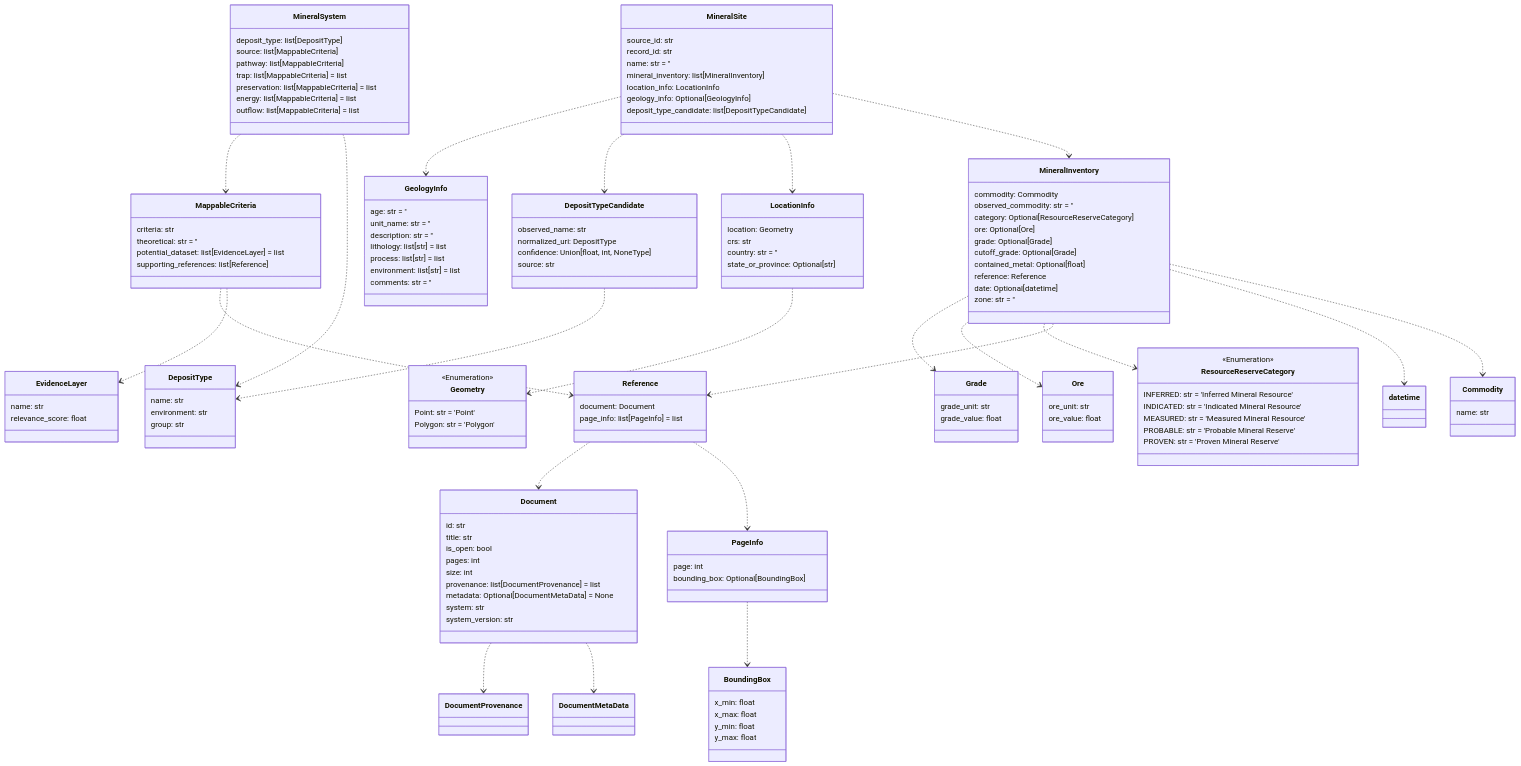
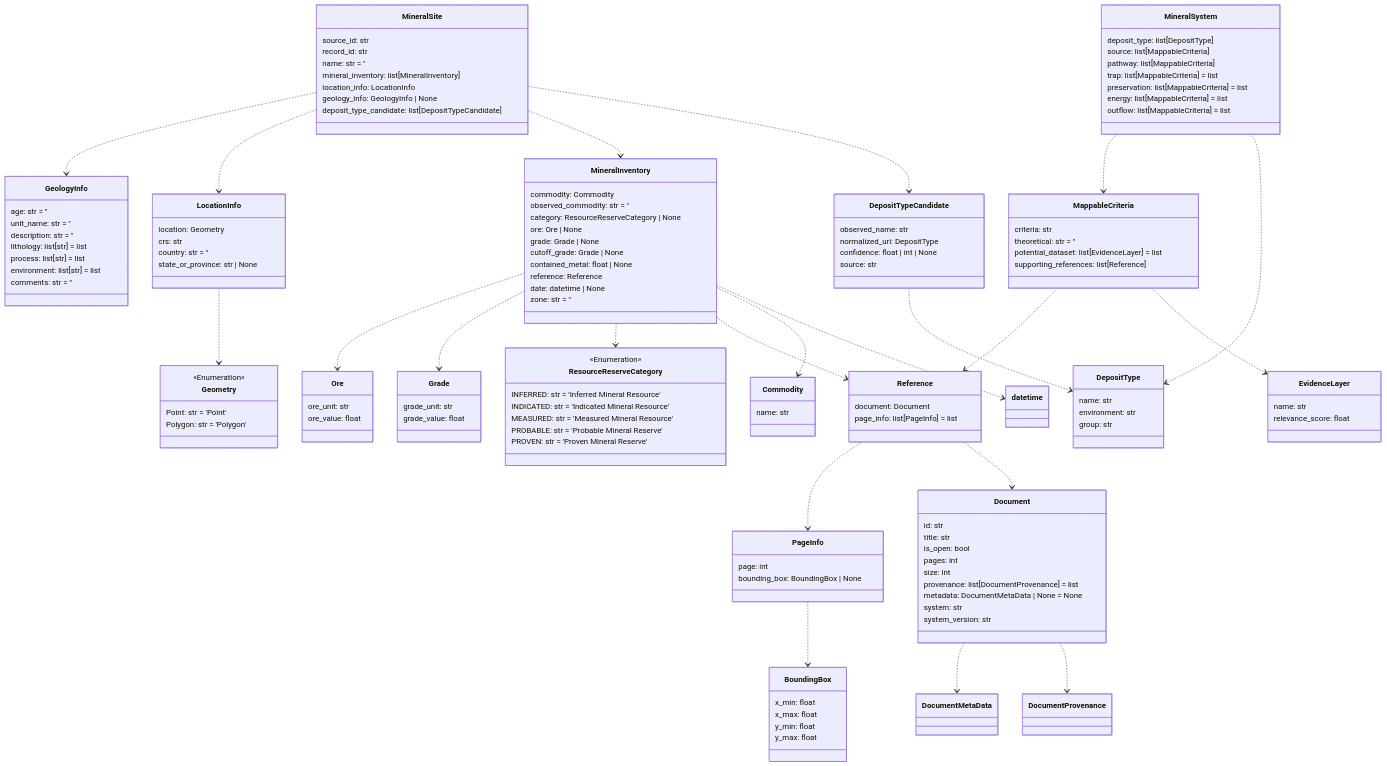
Before and after one commit to DARPA-CRITICALMAAS/cdr_schemas: the tenth of 12 diagrams in README.md, drawn with Mermaid. The commit also changed other lines of this file, not shown here.

Commit message:
Update README with new ERD

````diff
--- a/README.md
+++ b/README.md
@@ -738,17 +763,5 @@
 ```mermaid
 classDiagram
-
-    class DepositTypeCandidate {
-        observed_name: str
-        normalized_uri: DepositType
-        confidence: Union[float, int, NoneType]
-        source: str
-    }
-
-    class EvidenceLayer {
-        name: str
-        relevance_score: float
-    }
 
     class GeologyInfo {
         age: str = ''
@@ -760,15 +773,101 @@
         comments: str = ''
     }
 
-    class Grade {
-        grade_unit: str
-        grade_value: float
+    class MineralSite {
+        source_id: str
+        record_id: str
+        name: str = ''
+        mineral_inventory: list[MineralInventory]
+        location_info: LocationInfo
+        geology_info: GeologyInfo | None
+        deposit_type_candidate: list[DepositTypeCandidate]
+    }
+
+    class Commodity {
+        name: str
+    }
+
+    class Geometry {
+        <<Enumeration>>
+        Point: str = 'Point'
+        Polygon: str = 'Polygon'
+    }
+
+    class Document {
+        id: str
+        title: str
+        is_open: bool
+        pages: int
+        size: int
+        provenance: list[DocumentProvenance] = list
+        metadata: DocumentMetaData | None = None
+        system: str
+        system_version: str
+    }
+
+    class LocationInfo {
+        location: Geometry
+        crs: str
+        country: str = ''
+        state_or_province: str | None
+    }
+
+    class PageInfo {
+        page: int
+        bounding_box: BoundingBox | None
+    }
+
+    class DepositTypeCandidate {
+        observed_name: str
+        normalized_uri: DepositType
+        confidence: float | int | None
+        source: str
+    }
+
+    class Reference {
+        document: Document
+        page_info: list[PageInfo] = list
+    }
+
+    class MineralInventory {
+        commodity: Commodity
+        observed_commodity: str = ''
+        category: ResourceReserveCategory | None
+        ore: Ore | None
+        grade: Grade | None
+        cutoff_grade: Grade | None
+        contained_metal: float | None
+        reference: Reference
+        date: datetime | None
+        zone: str = ''
     }
 
     class DepositType {
         name: str
         environment: str
         group: str
+    }
+
+    class Ore {
+        ore_unit: str
+        ore_value: float
+    }
+
+    class EvidenceLayer {
+        name: str
+        relevance_score: float
+    }
+
+    class Grade {
+        grade_unit: str
+        grade_value: float
+    }
+
+    class MappableCriteria {
+        criteria: str
+        theoretical: str = ''
+        potential_dataset: list[EvidenceLayer] = list
+        supporting_references: list[Reference]
     }
 
     class BoundingBox {
@@ -778,47 +877,6 @@
         y_max: float
     }
 
-    class MappableCriteria {
-        criteria: str
-        theoretical: str = ''
-        potential_dataset: list[EvidenceLayer] = list
-        supporting_references: list[Reference]
-    }
-
-    class Commodity {
-        name: str
-    }
-
-    class MineralInventory {
-        commodity: Commodity
-        observed_commodity: str = ''
-        category: Optional[ResourceReserveCategory]
-        ore: Optional[Ore]
-        grade: Optional[Grade]
-        cutoff_grade: Optional[Grade]
-        contained_metal: Optional[float]
-        reference: Reference
-        date: Optional[datetime]
-        zone: str = ''
-    }
-
-    class PageInfo {
-        page: int
-        bounding_box: Optional[BoundingBox]
-    }
-
-    class LocationInfo {
-        location: Geometry
-        crs: str
-        country: str = ''
-        state_or_province: Optional[str]
-    }
-
-    class Ore {
-        ore_unit: str
-        ore_value: float
-    }
-
     class ResourceReserveCategory {
         <<Enumeration>>
         INFERRED: str = 'Inferred Mineral Resource'
@@ -826,29 +884,6 @@
         MEASURED: str = 'Measured Mineral Resource'
         PROBABLE: str = 'Probable Mineral Reserve'
         PROVEN: str = 'Proven Mineral Reserve'
-    }
-
-    class Document {
-        id: str
-        title: str
-        is_open: bool
-        pages: int
-        size: int
-        provenance: list[DocumentProvenance] = list
-        metadata: Optional[DocumentMetaData] = None
-        system: str
-        system_version: str
-    }
-
-    class Geometry {
-        <<Enumeration>>
-        Point: str = 'Point'
-        Polygon: str = 'Polygon'
-    }
-
-    class Reference {
-        document: Document
-        page_info: list[PageInfo] = list
     }
 
     class MineralSystem {
@@ -861,37 +896,27 @@
         outflow: list[MappableCriteria] = list
     }
 
-    class MineralSite {
-        source_id: str
-        record_id: str
-        name: str = ''
-        mineral_inventory: list[MineralInventory]
-        location_info: LocationInfo
-        geology_info: Optional[GeologyInfo]
-        deposit_type_candidate: list[DepositTypeCandidate]
-    }
-
+    Document ..> DocumentMetaData
     Document ..> DocumentProvenance
-    Document ..> DocumentMetaData
     DepositTypeCandidate ..> DepositType
     PageInfo ..> BoundingBox
+    Reference ..> PageInfo
     Reference ..> Document
-    Reference ..> PageInfo
     MappableCriteria ..> Reference
     MappableCriteria ..> EvidenceLayer
     MineralSystem ..> MappableCriteria
     MineralSystem ..> DepositType
+    MineralInventory ..> Ore
     MineralInventory ..> Grade
-    MineralInventory ..> Ore
     MineralInventory ..> ResourceReserveCategory
     MineralInventory ..> Reference
+    MineralInventory ..> Commodity
     MineralInventory ..> datetime
-    MineralInventory ..> Commodity
     LocationInfo ..> Geometry
     MineralSite ..> GeologyInfo
-    MineralSite ..> DepositTypeCandidate
     MineralSite ..> LocationInfo
     MineralSite ..> MineralInventory
+    MineralSite ..> DepositTypeCandidate
 
 
 ```
````
